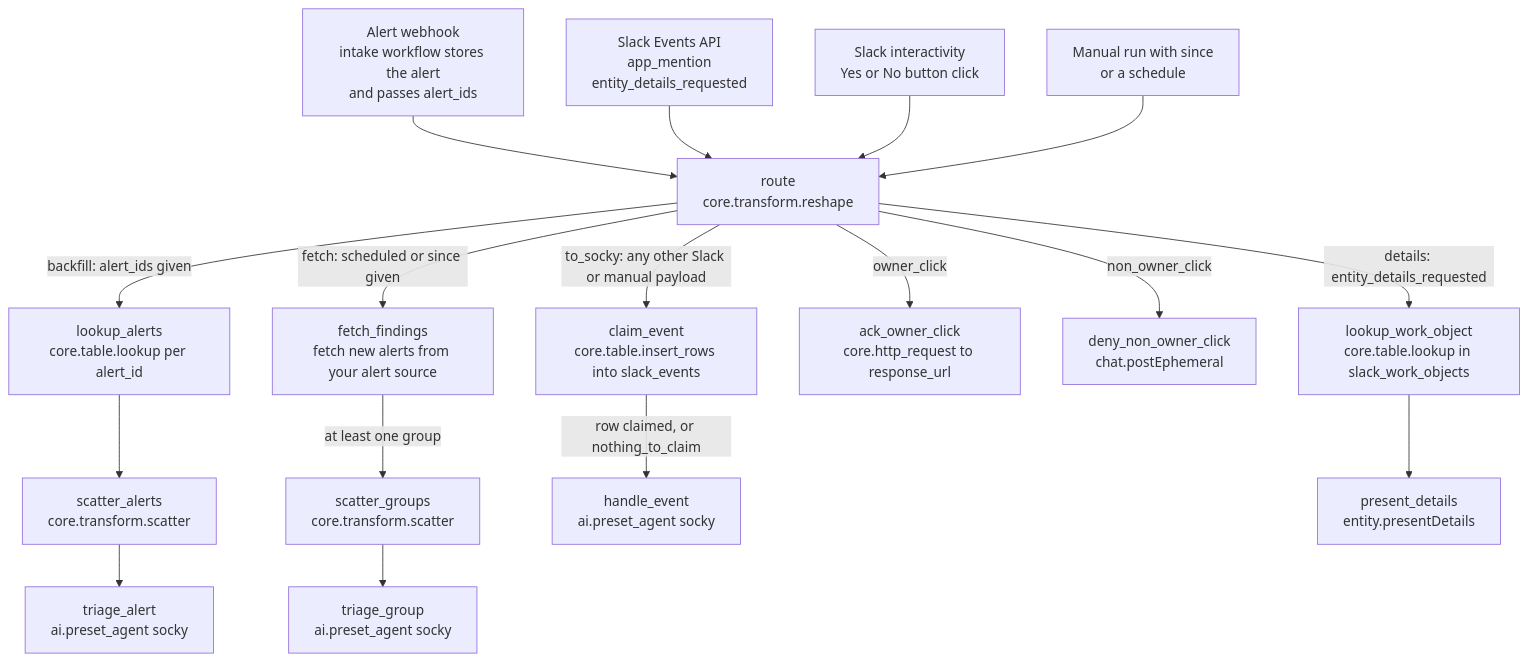
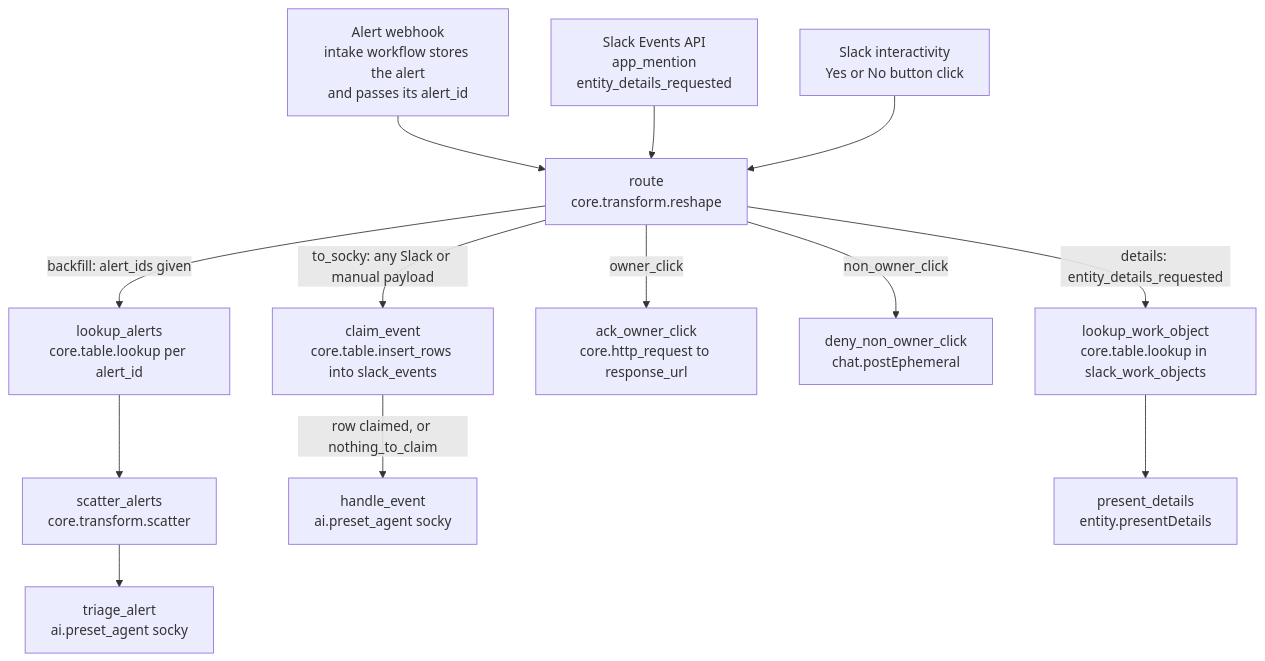
One commit to TracecatHQ/tracecat changed the diagram in examples/001-distributed-alerting/workflow.md. Above: the diagram before and after it, drawn with Mermaid. The commit also changed other lines of this file and 3 other files, not shown here.

````diff
--- a/examples/001-distributed-alerting/workflow.md
+++ b/examples/001-distributed-alerting/workflow.md
@@ -9,31 +9,25 @@
 ```mermaid
 flowchart TD
-    t_alert["Alert webhook<br/>intake workflow stores the alert<br/>and passes alert_ids"]
+    t_alert["Alert webhook<br/>intake workflow stores the alert<br/>and passes its alert_id"]
     t_events["Slack Events API<br/>app_mention<br/>entity_details_requested"]
     t_click["Slack interactivity<br/>Yes or No button click"]
-    t_pull["Manual run with since<br/>or a schedule"]
 
     route["route<br/>core.transform.reshape"]
 
     t_alert --> route
     t_events --> route
     t_click --> route
-    t_pull --> route
 
     route -->|"backfill: alert_ids given"| lookup_alerts["lookup_alerts<br/>core.table.lookup per alert_id"]
     lookup_alerts --> scatter_alerts["scatter_alerts<br/>core.transform.scatter"]
     scatter_alerts --> triage_alert["triage_alert<br/>ai.preset_agent socky"]
 
-    route -->|"fetch: scheduled or since given"| fetch_findings["fetch_findings<br/>fetch new alerts from your alert source"]
-    fetch_findings -->|"at least one group"| scatter_groups["scatter_groups<br/>core.transform.scatter"]
-    scatter_groups --> triage_group["triage_group<br/>ai.preset_agent socky"]
-
-    route -->|"to_socky: any other Slack or manual payload"| claim_event["claim_event<br/>core.table.insert_rows into slack_events"]
+    route -->|"to_socky: any Slack or manual payload"| claim_event["claim_event<br/>core.table.insert_rows into slack_events"]
     claim_event -->|"row claimed, or nothing_to_claim"| handle_event["handle_event<br/>ai.preset_agent socky"]
 
     route -->|"owner_click"| ack_owner_click["ack_owner_click<br/>core.http_request to response_url"]
     route -->|"non_owner_click"| deny_non_owner_click["deny_non_owner_click<br/>chat.postEphemeral"]
 
     route -->|"details: entity_details_requested"| lookup_work_object["lookup_work_object<br/>core.table.lookup in slack_work_objects"]
     lookup_work_object --> present_details["present_details<br/>entity.presentDetails"]
 ```
````
